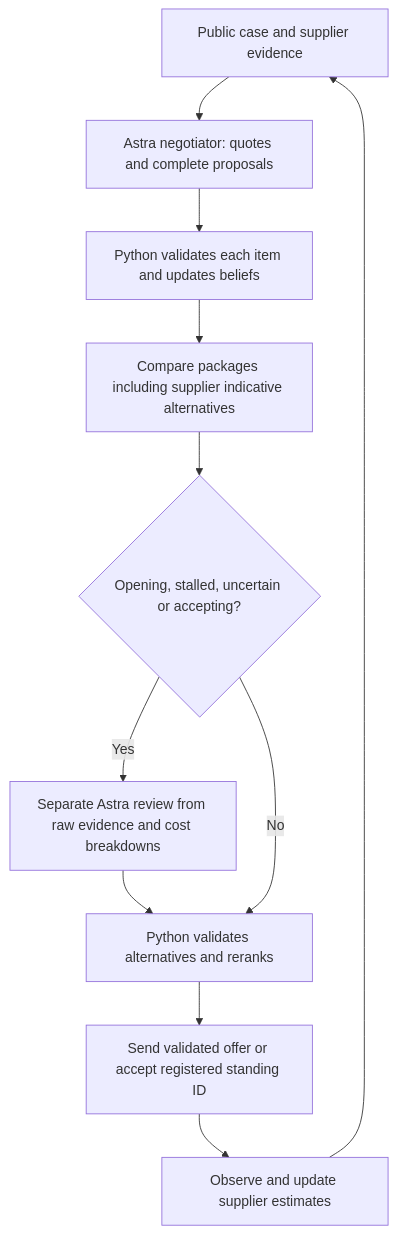
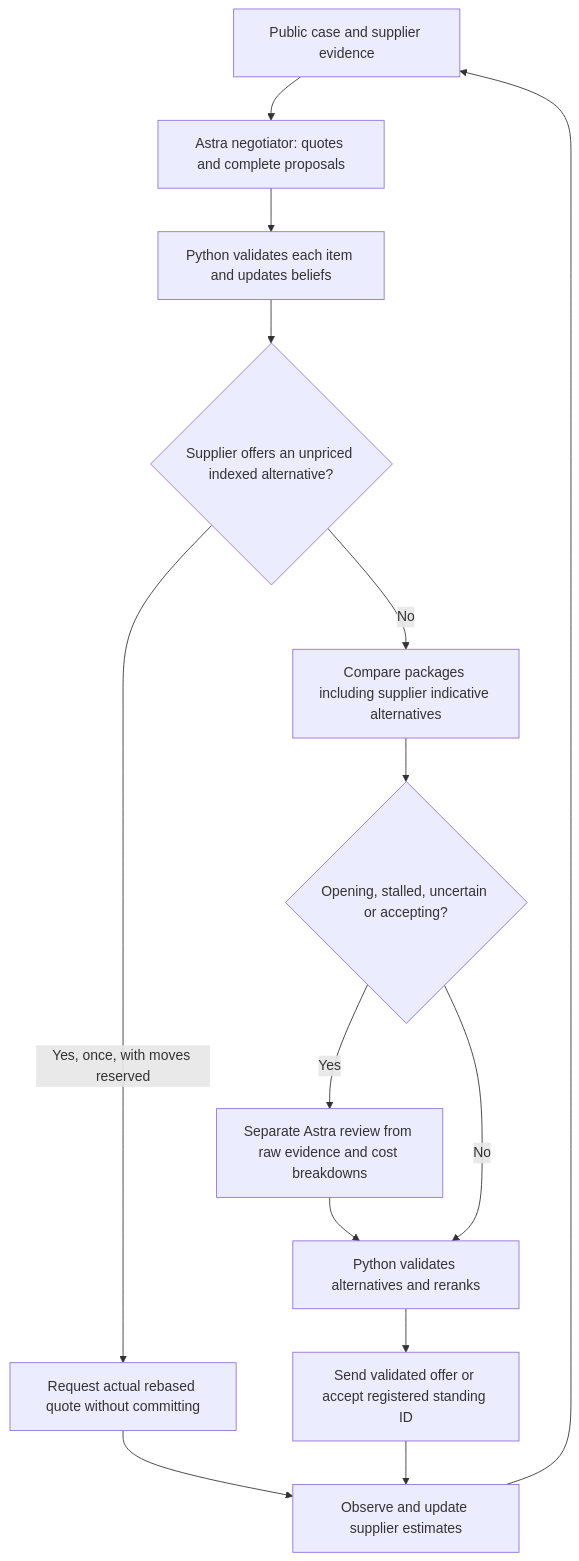
The diagram in docs/ANALYTICAL.md (european-hackathon-league/submission-3f76c079-ac34-492c-ae1d-eada3ff92c55-1413167341), drawn with Mermaid before and after one commit. The commit also changed other lines of this file and 13 other files, not shown here.

First line of the commit message:
Act on supplier quote opportunities and guard the Arena move budget

````diff
--- a/docs/ANALYTICAL.md
+++ b/docs/ANALYTICAL.md
@@ -19,13 +19,16 @@
 ```mermaid
 flowchart TD
     A[Public case and supplier evidence] --> B[Astra negotiator: quotes and complete proposals]
     B --> C[Python validates each item and updates beliefs]
-    C --> D[Compare packages including supplier indicative alternatives]
+    C --> Q{Supplier offers an unpriced indexed alternative?}
+    Q -->|Yes, once, with moves reserved| R[Request actual rebased quote without committing]
+    R --> I
+    Q -->|No| D[Compare packages including supplier indicative alternatives]
     D --> E{Opening, stalled, uncertain or accepting?}
     E -->|Yes| F[Separate Astra review from raw evidence and cost breakdowns]
     F --> G[Python validates alternatives and reranks]
     E -->|No| G
     G --> H[Send validated offer or accept registered standing ID]
     H --> I[Observe and update supplier estimates]
     I --> A
 ```
````
